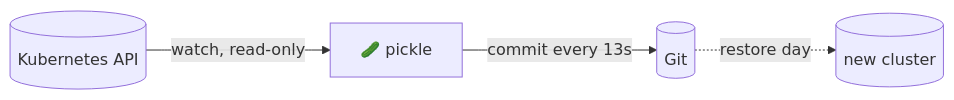
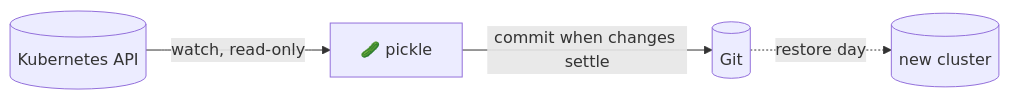
One commit to hatam-abolghasemi/Pickle changed the diagram in README.md. Above: the diagram before and after it, drawn with Mermaid. The commit also changed other lines of this file and 4 other files, not shown here.

````diff
--- a/README.md
+++ b/README.md
@@ -56,6 +56,6 @@
 ```mermaid
 flowchart LR
     API[(Kubernetes API)] -- watch, read-only --> P[🥒 pickle]
-    P -- commit every 13s --> GIT[(Git)]
+    P -- commit when changes settle --> GIT[(Git)]
     GIT -. restore day .-> NEW[(new cluster)]
 ```
````
